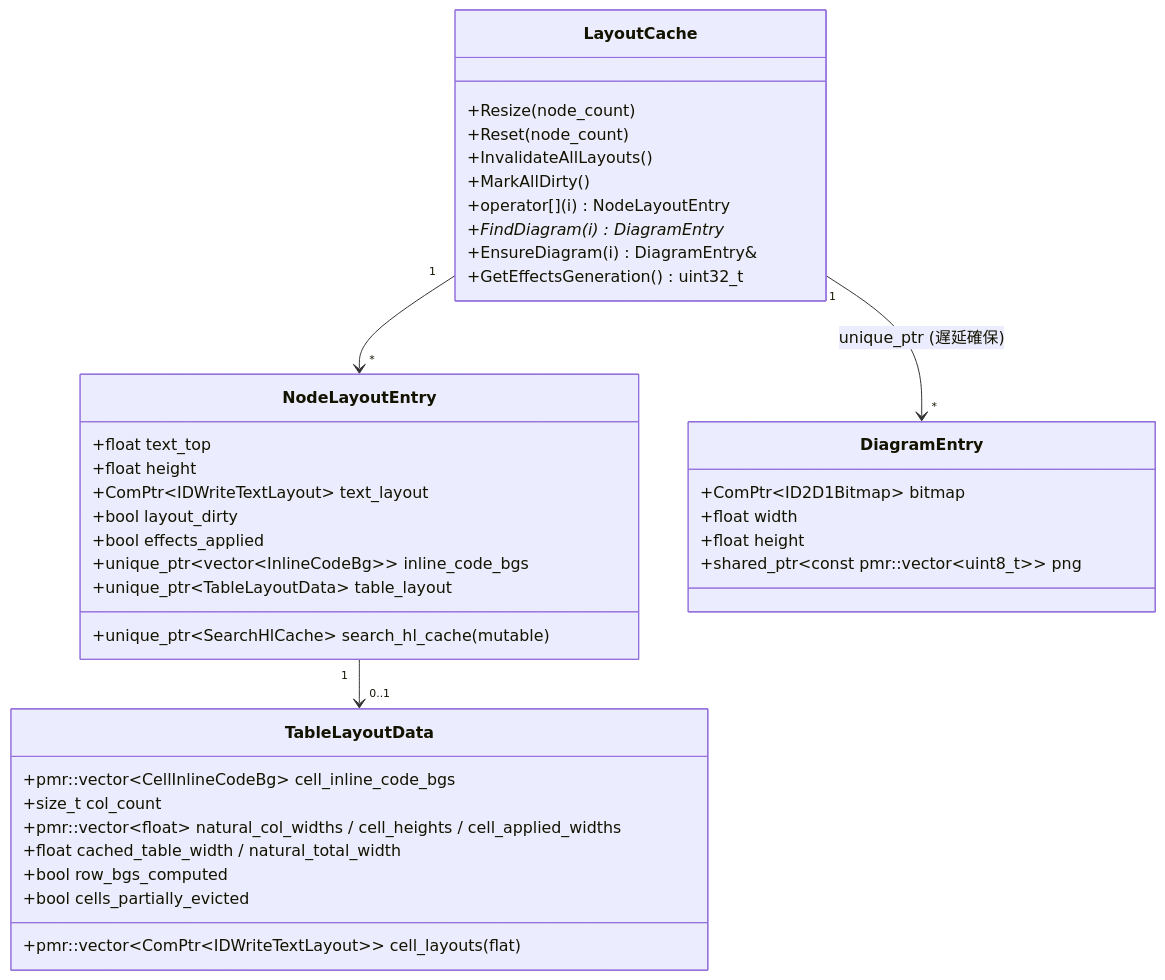
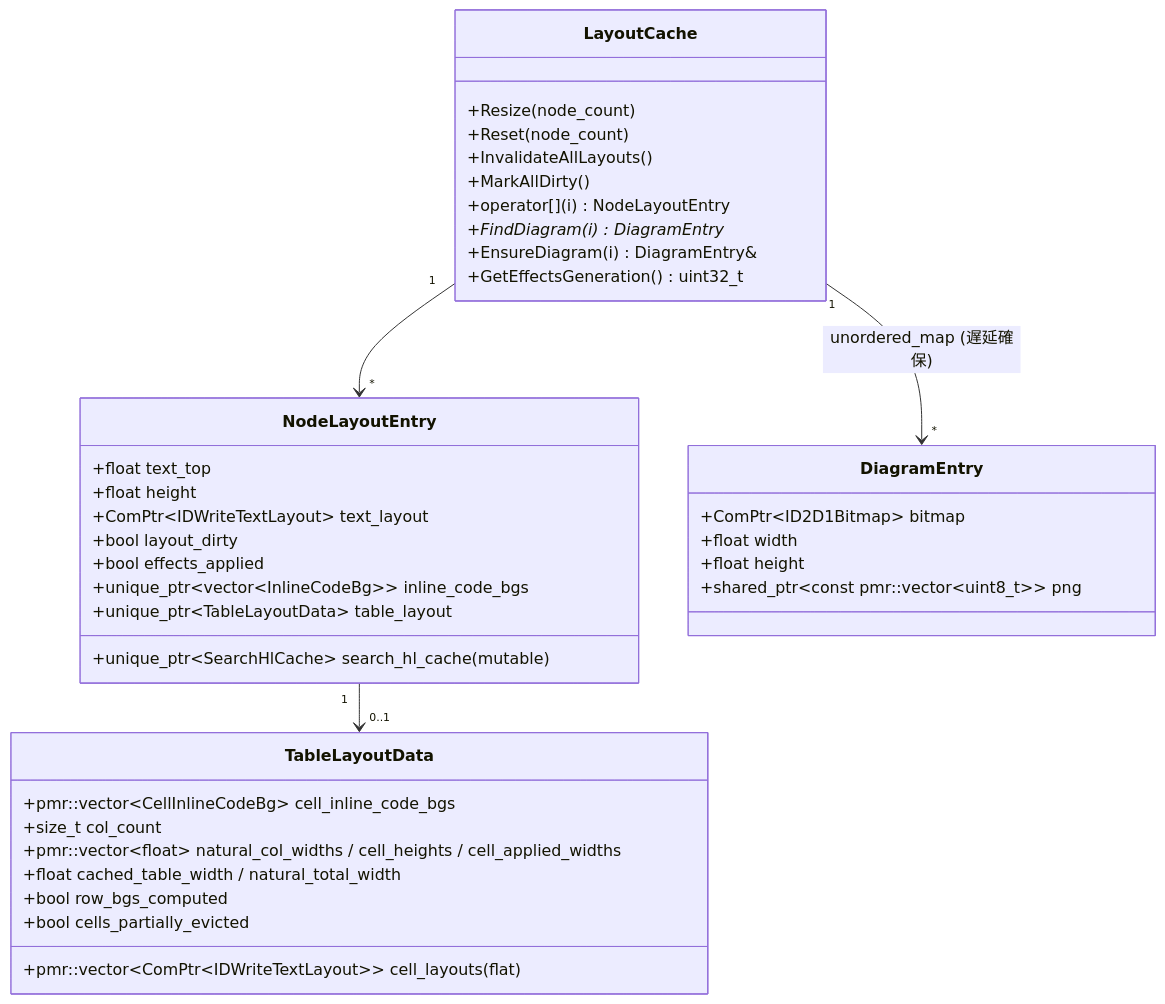
Diagram 16 of 27 in example/test.md (tanaton/mendo), drawn with Mermaid before and after one commit. The commit also changed other lines of this file and 4 other files, not shown here.

First line of the commit message:
perf: 画像・図のキャッシュを全ノード分の枠で持たず、使うノードにだけ確保する

````diff
--- a/example/test.md
+++ b/example/test.md
@@ -2723,45 +2723,45 @@
 ```mermaid
 classDiagram
     class LayoutCache {
         +Resize(node_count)
         +Reset(node_count)
         +InvalidateAllLayouts()
         +MarkAllDirty()
         +operator[](i) NodeLayoutEntry
         +FindDiagram(i) DiagramEntry*
         +EnsureDiagram(i) DiagramEntry&
         +GetEffectsGeneration() uint32_t
     }
 
     class NodeLayoutEntry {
         +float text_top
         +float height
         +ComPtr~IDWriteTextLayout~ text_layout
         +bool layout_dirty
         +bool effects_applied
         +unique_ptr~vector~InlineCodeBg~~ inline_code_bgs
         +unique_ptr~TableLayoutData~ table_layout
         +unique_ptr~SearchHlCache~ search_hl_cache (mutable)
     }
 
     class TableLayoutData {
         +pmr::vector~ComPtr~IDWriteTextLayout~~ cell_layouts (flat)
         +pmr::vector~CellInlineCodeBg~ cell_inline_code_bgs
         +size_t col_count
         +pmr::vector~float~ natural_col_widths / cell_heights / cell_applied_widths
         +float cached_table_width / natural_total_width
         +bool row_bgs_computed
         +bool cells_partially_evicted
     }
 
     class DiagramEntry {
         +ComPtr~ID2D1Bitmap~ bitmap
         +float width
         +float height
         +shared_ptr~const pmr::vector~uint8_t~~ png
     }
 
     LayoutCache "1" --> "*" NodeLayoutEntry
-    LayoutCache "1" --> "*" DiagramEntry : unique_ptr (遅延確保)
+    LayoutCache "1" --> "*" DiagramEntry : unordered_map (遅延確保)
     NodeLayoutEntry "1" --> "0..1" TableLayoutData
 ```
````
